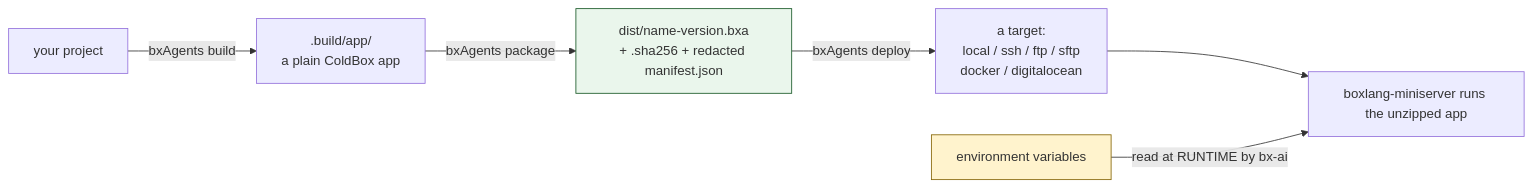
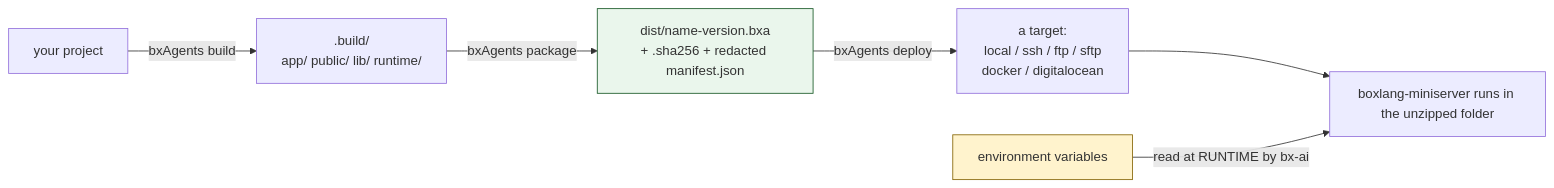
One commit to ortus-boxlang/bx-agents changed the diagram in next/course/20-packaging-deploying-and-wrapping-up.md. Above: the diagram before and after it, drawn with Mermaid. The commit also changed other lines of this file and 247 other files, not shown here.

````diff
--- a/next/course/20-packaging-deploying-and-wrapping-up.md
+++ b/next/course/20-packaging-deploying-and-wrapping-up.md
@@ -16,11 +16,11 @@
 ```mermaid
 flowchart LR
-    P["your project"] -->|"bxAgents build"| B[".build/app/<br/>a plain ColdBox app"]
+    P["your project"] -->|"bxAgents build"| B[".build/<br/>app/ public/ lib/ runtime/"]
     B -->|"bxAgents package"| A["dist/name-version.bxa<br/>+ .sha256 + redacted manifest.json"]
     A -->|"bxAgents deploy"| T["a target:<br/>local / ssh / ftp / sftp<br/>docker / digitalocean"]
-    T --> RUN["boxlang-miniserver runs the unzipped app"]
+    T --> RUN["boxlang-miniserver runs in the unzipped folder"]
     ENV["environment variables"] -->|"read at RUNTIME by bx-ai"| RUN
 
     style A fill:#eaf6ec,stroke:#155724
     style ENV fill:#fff3cd,stroke:#856404
 ```
````
